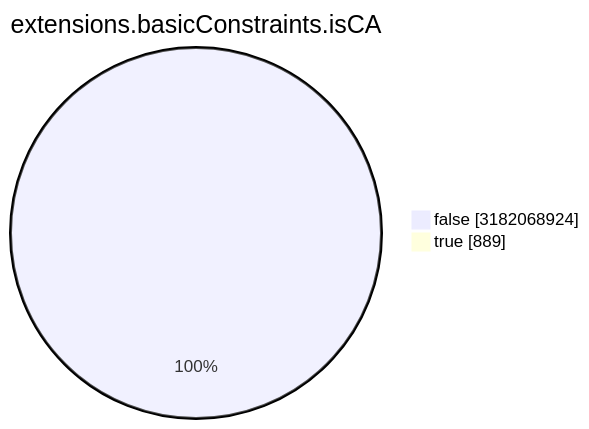
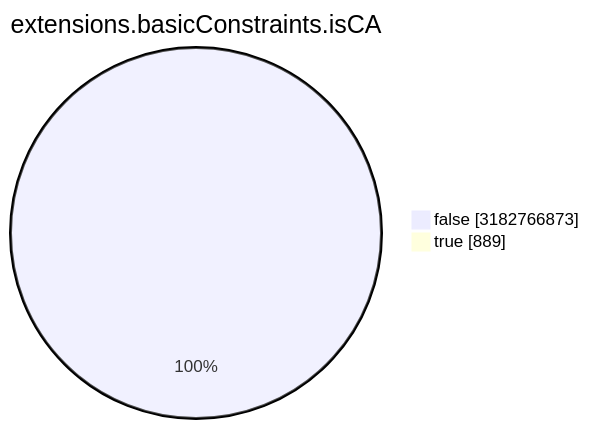
The seventh of 15 diagrams in TOTAL/README.md (christiankrug/ctmonitor_visualization), drawn with Mermaid before and after one commit. The commit also changed other lines of this file, not shown here.

````diff
--- a/TOTAL/README.md
+++ b/TOTAL/README.md
@@ -3088,6 +3088,6 @@
 ```mermaid
 pie showData
 title extensions.basicConstraints.isCA
-"false" :3182068924
+"false" :3182766873
 "true" :889
 ```
````
